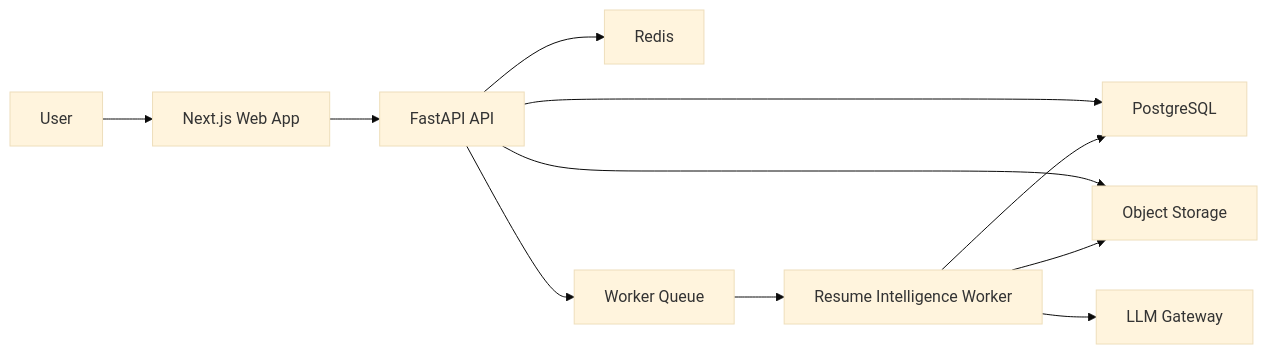
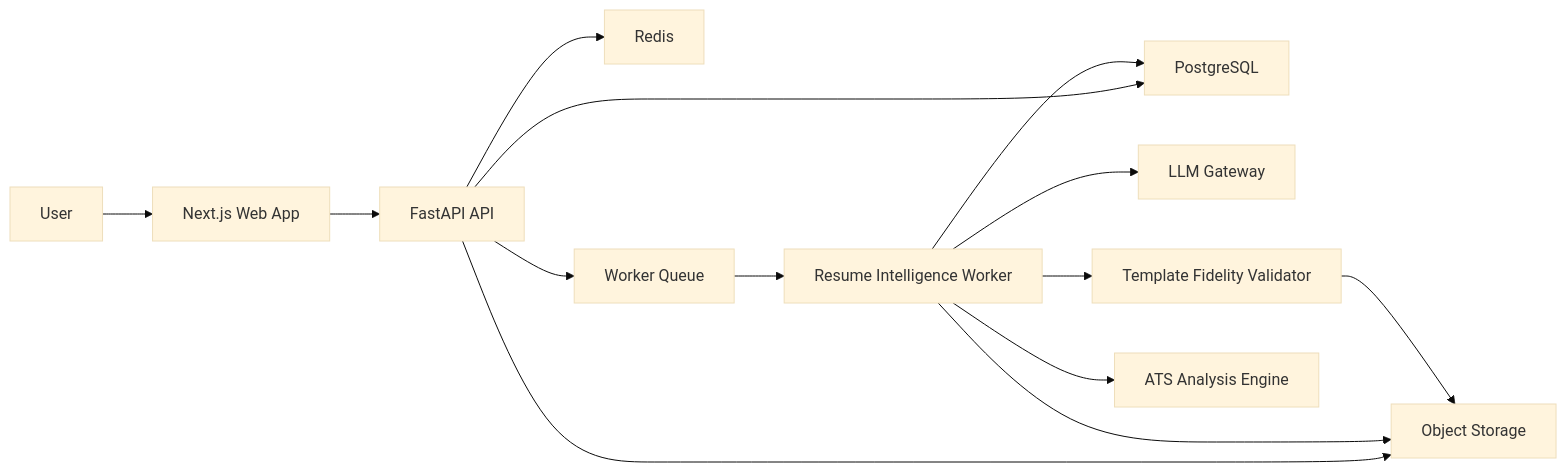
The diagram in docs/ARCHITECTURE.md (manas1997/ResumeGenerationApp), drawn with Mermaid (base theme) before and after one commit. The commit also changed other lines of this file and 27 other files, not shown here.

Commit message:
Add template fidelity and ATS dashboard foundations

````diff
--- a/docs/ARCHITECTURE.md
+++ b/docs/ARCHITECTURE.md
@@ -5,13 +5,16 @@
 ```mermaid
 flowchart LR
   U["User"] --> W["Next.js Web App"]
   W --> A["FastAPI API"]
   A --> DB["PostgreSQL"]
   A --> OBJ["Object Storage"]
   A --> R["Redis"]
   A --> Q["Worker Queue"]
   Q --> WK["Resume Intelligence Worker"]
   WK --> AI["LLM Gateway"]
+  WK --> TV["Template Fidelity Validator"]
+  WK --> ATS["ATS Analysis Engine"]
   WK --> DB
   WK --> OBJ
+  TV --> OBJ
 ```
````
